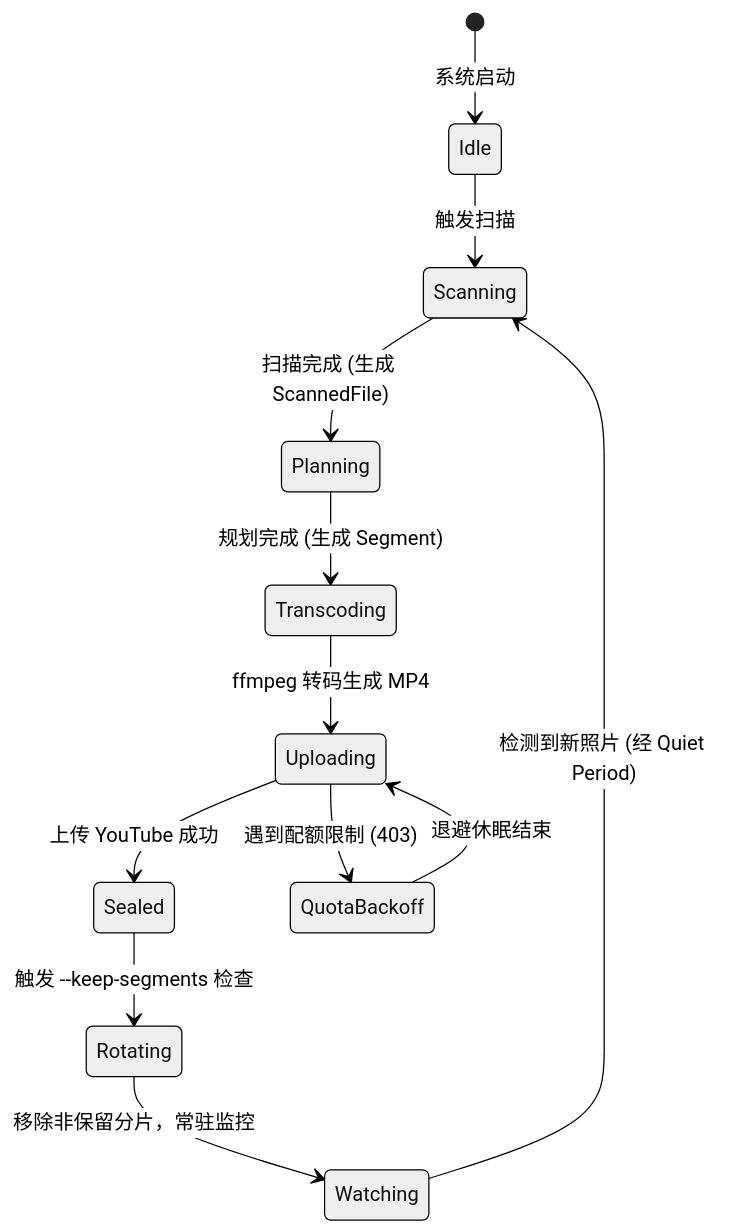
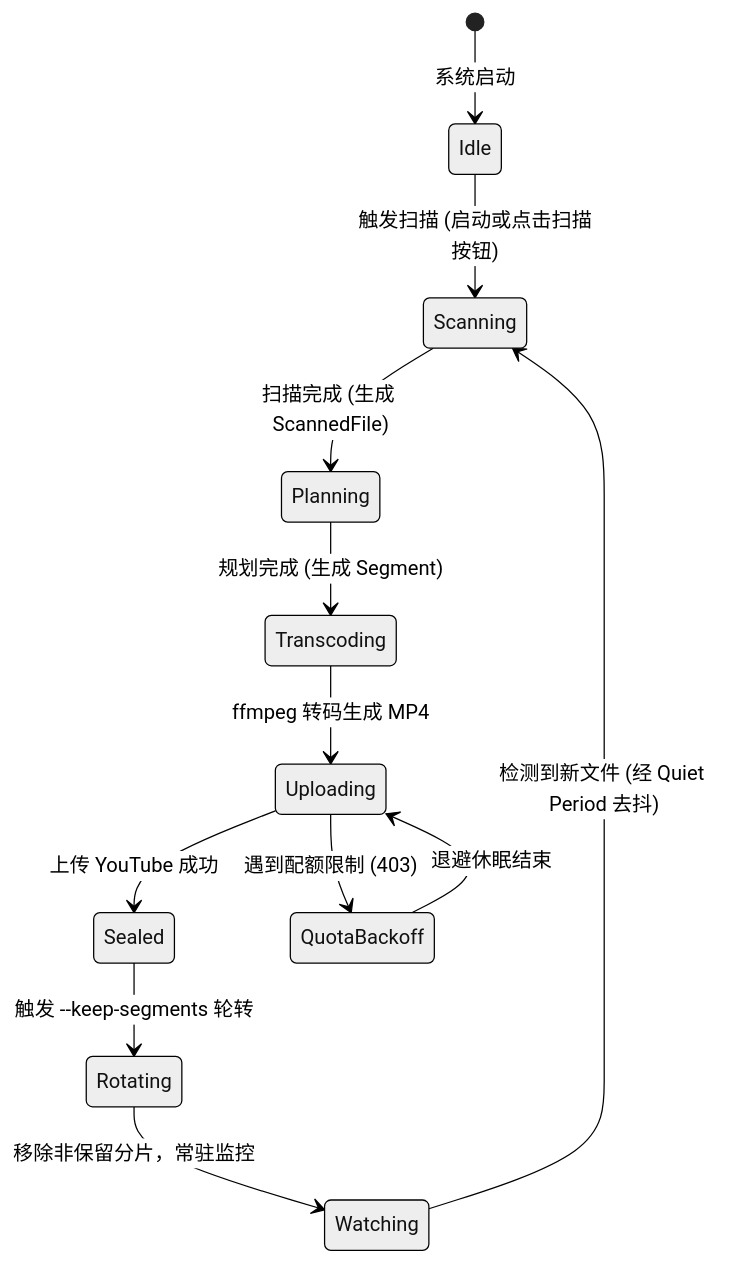
Before and after one commit to ouut/TubeTape: the second of 2 diagrams in development.md, drawn with Mermaid (neutral theme). The commit also changed other lines of this file and 3 other files, not shown here.

````diff
--- a/development.md
+++ b/development.md
@@ -381,14 +426,14 @@
 ```mermaid
 stateDiagram-v2
     [*] --> Idle : 系统启动
-    Idle --> Scanning : 触发扫描
+    Idle --> Scanning : 触发扫描 (启动或点击扫描按钮)
     Scanning --> Planning : 扫描完成 (生成 ScannedFile)
     Planning --> Transcoding : 规划完成 (生成 Segment)
     Transcoding --> Uploading : ffmpeg 转码生成 MP4
     Uploading --> Sealed : 上传 YouTube 成功
     Uploading --> QuotaBackoff : 遇到配额限制 (403)
     QuotaBackoff --> Uploading : 退避休眠结束
-    Sealed --> Rotating : 触发 --keep-segments 检查
+    Sealed --> Rotating : 触发 --keep-segments 轮转
     Rotating --> Watching : 移除非保留分片，常驻监控
-    Watching --> Scanning : 检测到新照片 (经 Quiet Period)
+    Watching --> Scanning : 检测到新文件 (经 Quiet Period 去抖)
 ```
````
